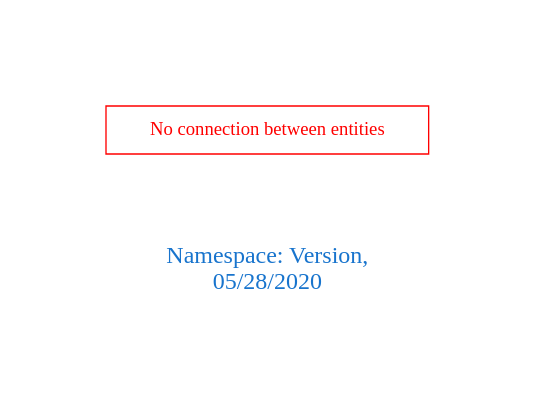
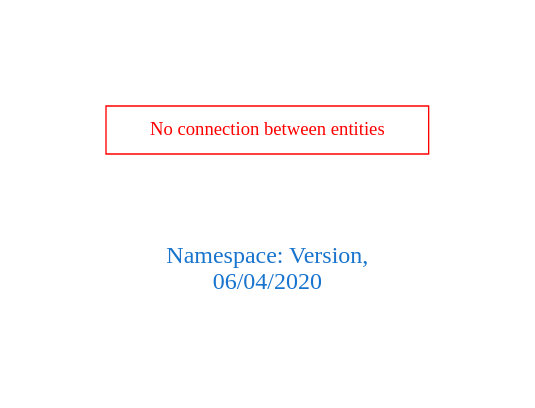
The diagram in downloads/Version.dot (arago/OGIT), drawn with Graphviz before and after one commit. The commit also changed 1715 other files, not shown here.

```diff
--- a/downloads/Version.dot
+++ b/downloads/Version.dot
@@ -1,9 +1,9 @@
 digraph OGIT_ontology {
  graph [ rankdir= LR,pad=1 
 fontsize = 18,
-fontcolor= dodgerblue3,label = "\n\n\nNamespace: Version, \n 05/28/2020"];
+fontcolor= dodgerblue3,label = "\n\n\nNamespace: Version, \n 06/04/2020"];
 node[shape=polygon];
 edge [  color="gray81"];
 
 "No connection between entities" [fontcolor = "red",color="red", shape="polygon"]
 }
```
